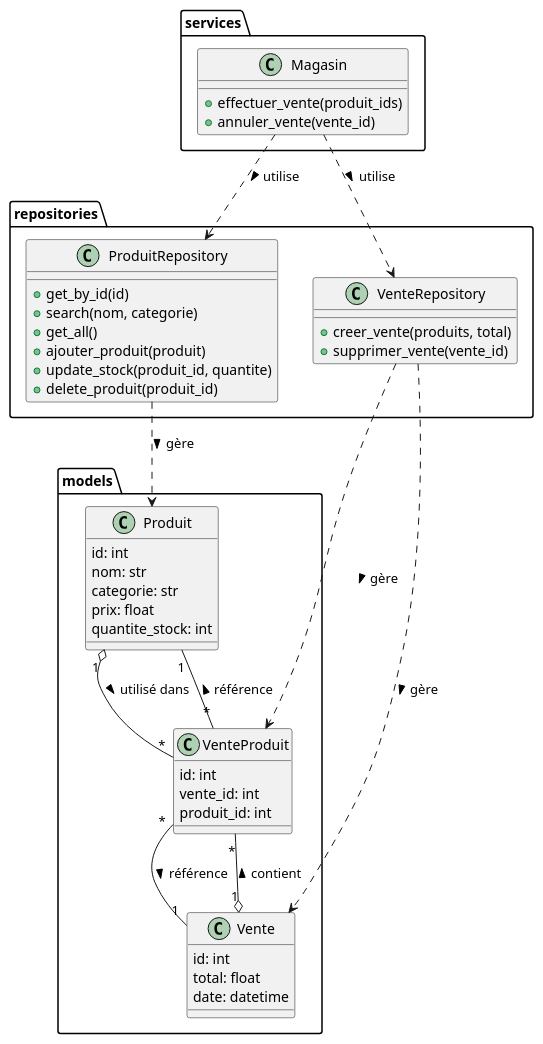
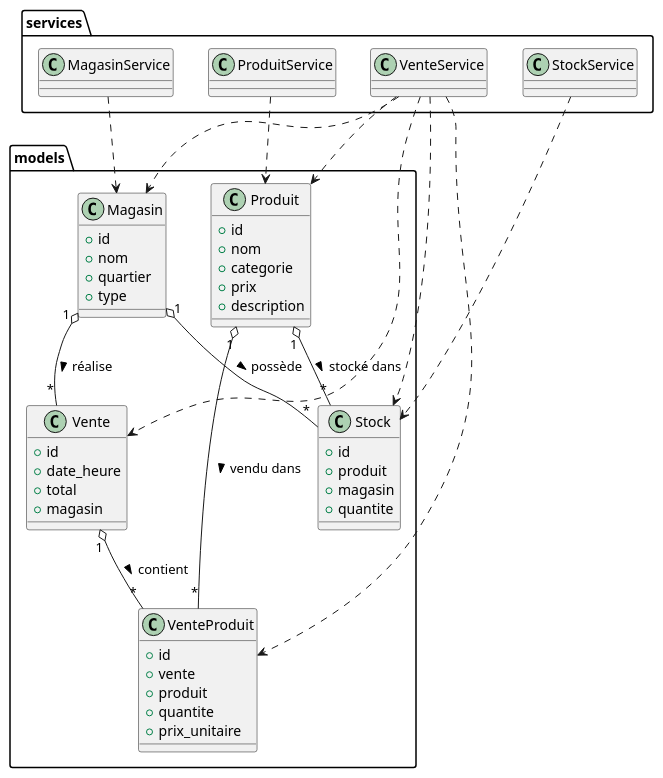
Before and after one commit to DylannFontus/Lab0_Log430: the diagram in docs/UML/VueLogique.puml, drawn with PlantUML. The commit also changed 8 other files, not shown here.

```diff
--- a/docs/UML/VueLogique.puml
+++ b/docs/UML/VueLogique.puml
@@ -1,63 +1,62 @@
 @startuml
 
-package models {
+package "models" {
+    class Magasin {
+        +id
+        +nom
+        +quartier
+        +type
+    }
     class Produit {
-        id: int
-        nom: str
-        categorie: str
-        prix: float
-        quantite_stock: int
+        +id
+        +nom
+        +categorie
+        +prix
+        +description
     }
-
+    class Stock {
+        +id
+        +produit
+        +magasin
+        +quantite
+    }
     class Vente {
-        id: int
-        total: float
-        date: datetime
+        +id
+        +date_heure
+        +total
+        +magasin
     }
-
     class VenteProduit {
-        id: int
-        vente_id: int
-        produit_id: int
+        +id
+        +vente
+        +produit
+        +quantite
+        +prix_unitaire
     }
 }
 
-package repositories {
-    class ProduitRepository {
-        + get_by_id(id)
-        + search(nom, categorie)
-        + get_all()
-        + ajouter_produit(produit)
-        + update_stock(produit_id, quantite)
-        + delete_produit(produit_id)
-    }
-
-    class VenteRepository {
-        + creer_vente(produits, total)
-        + supprimer_vente(vente_id)
-    }
+package "services" {
+    class MagasinService
+    class ProduitService
+    class StockService
+    class VenteService
 }
 
-package services {
-    class Magasin {
-        + effectuer_vente(produit_ids)
-        + annuler_vente(vente_id)
-    }
-}
+' Relations entre modèles
+Magasin "1" o-- "*" Stock : possède >
+Produit "1" o-- "*" Stock : stocké dans >
+Magasin "1" o-- "*" Vente : réalise >
+Vente "1" o-- "*" VenteProduit : contient >
+Produit "1" o-- "*" VenteProduit : vendu dans >
 
-' Relations ORM
-Produit "1" o-- "*" VenteProduit : utilisé dans >
-Vente "1" o-- "*" VenteProduit : contient >
-VenteProduit "*" -- "1" Produit : référence >
-VenteProduit "*" -- "1" Vente : référence >
-
-' Repositories
-ProduitRepository ..> Produit : gère >
-VenteRepository ..> Vente : gère >
-VenteRepository ..> VenteProduit : gère >
-
-' Service
-Magasin ..> ProduitRepository : utilise >
-Magasin ..> VenteRepository : utilise >
+' Services accèdent aux modèles
+MagasinService ..> Magasin
+ProduitService ..> Produit
+StockService ..> Stock
+VenteService ..> Vente
+VenteService ..> VenteProduit
+VenteService ..> Produit
+VenteService ..> Stock
+VenteService ..> Magasin
 
 @enduml
```
